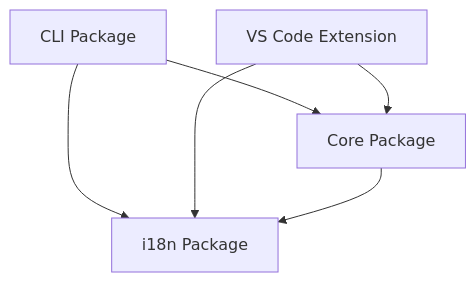
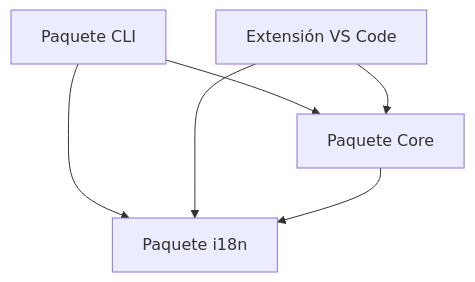
The first of 2 diagrams in docs/es/ARCHITECTURE.md (YagoBorba/StackCode), drawn with Mermaid before and after one commit. The commit also changed other lines of this file and 2 other files, not shown here.

First line of the commit message:
📝 docs: update architecture documentation for workflow modularization

````diff
--- a/docs/es/ARCHITECTURE.md
+++ b/docs/es/ARCHITECTURE.md
@@ -181,8 +182,8 @@
 ```mermaid
 graph TD
-    A[CLI Package] --> C[Core Package]
-    A --> D[i18n Package]
-    B[VS Code Extension] --> C
+    A[Paquete CLI] --> C[Paquete Core]
+    A --> D[Paquete i18n]
+    B[Extensión VS Code] --> C
     B --> D
     C --> D
 ```
````
